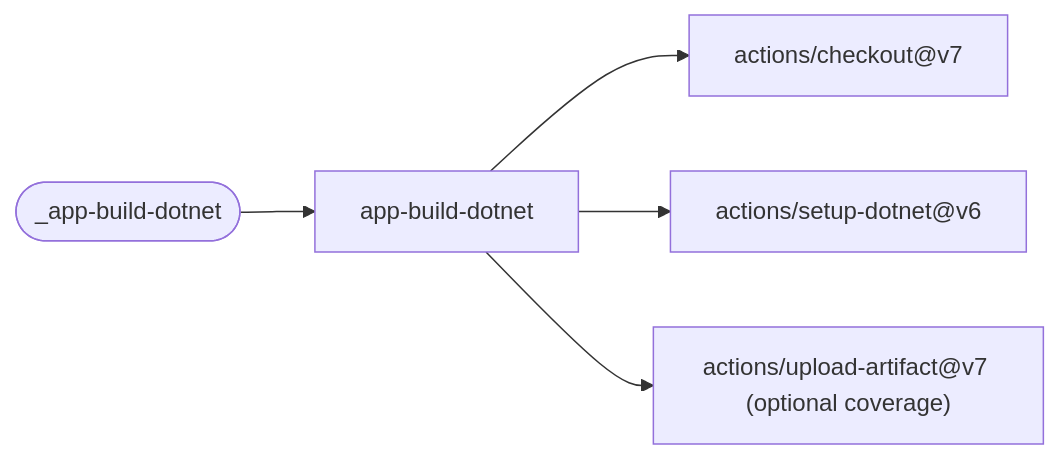
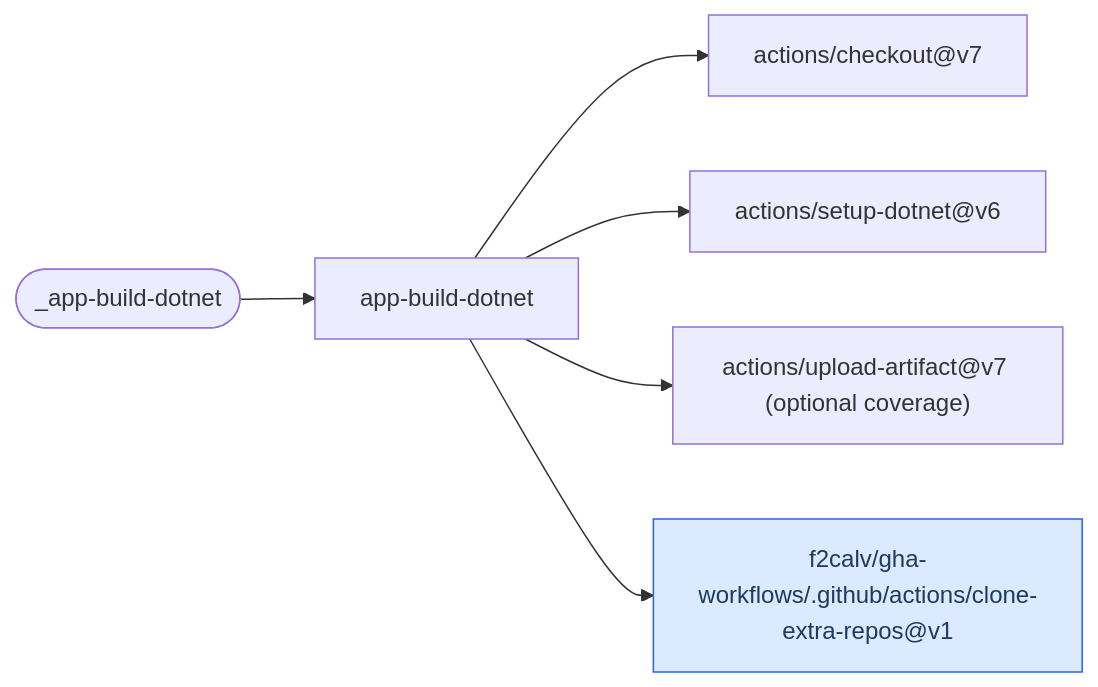
Before and after one commit to f2calv/gha-workflows: the second of 16 diagrams in README.md, drawn with Mermaid. The commit also changed other lines of this file and 4 other files, not shown here.

First line of the commit message:
refactor(workflows): clone extra repositories through the shared action

````diff
--- a/README.md
+++ b/README.md
@@ -252,8 +252,10 @@
 ```mermaid
 flowchart LR
     classDef f2calv fill:#dbeafe,stroke:#2563eb,color:#1e3a5f
     W(["_app-build-dotnet"]) --> J["app-build-dotnet"]
     J --> A1["actions/checkout@v7"]
     J --> A2["actions/setup-dotnet@v6"]
     J --> A3["actions/upload-artifact@v7 (optional coverage)"]
+    J --> A4["f2calv/gha-workflows/.github/actions/clone-extra-repos@v1"]
+    class A4 f2calv
 ```
````
